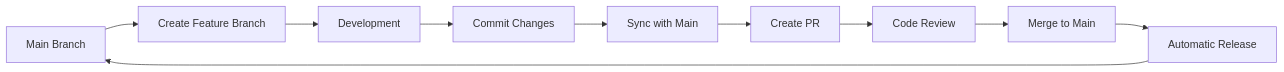
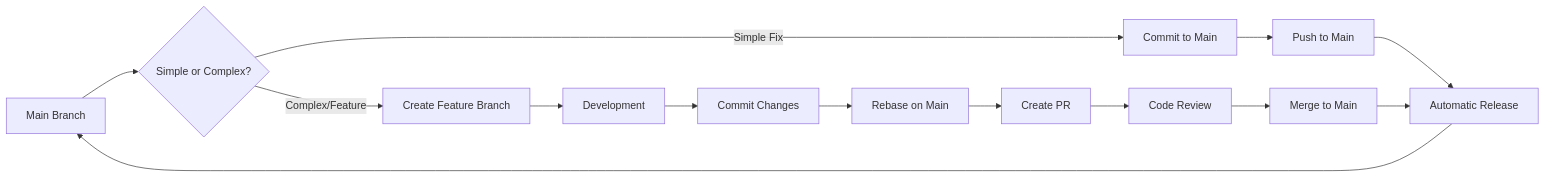
The diagram in .claude/workflows/development-flow.md (casey-mccarthy/net-monitor), drawn with Mermaid before and after one commit. The commit also changed other lines of this file and 4 other files, not shown here.

````diff
--- a/.claude/workflows/development-flow.md
+++ b/.claude/workflows/development-flow.md
@@ -7,12 +9,16 @@
 ```mermaid
 graph LR
-    A[Main Branch] --> B[Create Feature Branch]
-    B --> C[Development]
-    C --> D[Commit Changes]
-    D --> E[Sync with Main]
-    E --> F[Create PR]
-    F --> G[Code Review]
-    G --> H[Merge to Main]
-    H --> I[Automatic Release]
+    A[Main Branch] --> B{Simple or Complex?}
+    B -->|Simple Fix| C[Commit to Main]
+    C --> J[Push to Main]
+    J --> I[Automatic Release]
+    B -->|Complex/Feature| D[Create Feature Branch]
+    D --> E[Development]
+    E --> F[Commit Changes]
+    F --> G[Rebase on Main]
+    G --> H[Create PR]
+    H --> K[Code Review]
+    K --> L[Merge to Main]
+    L --> I
     I --> A
 ```
````
